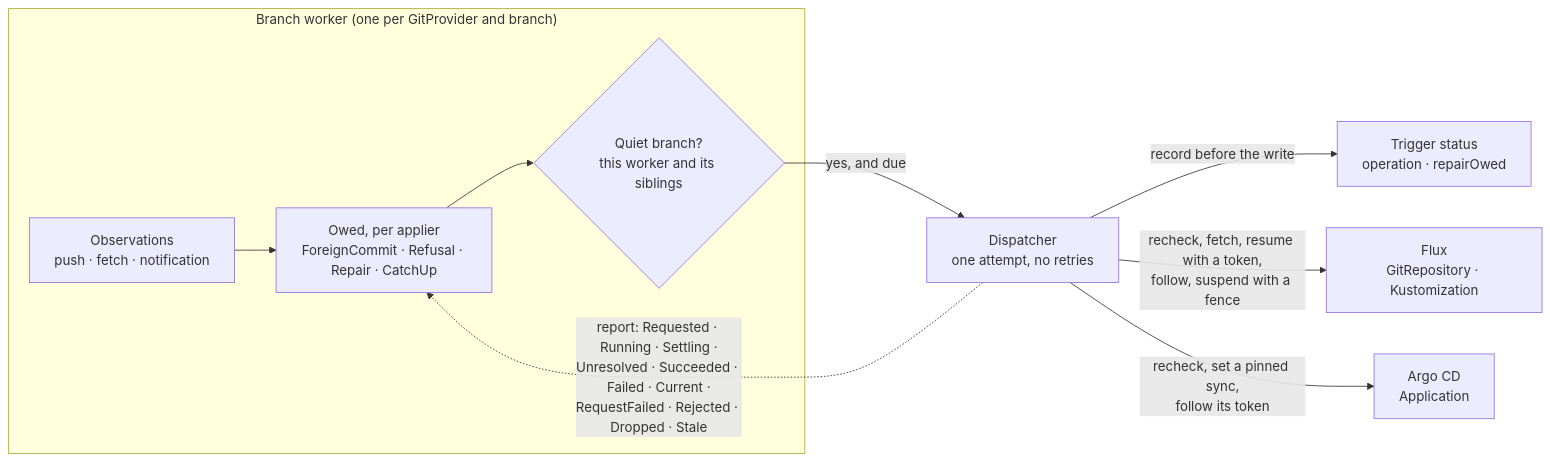
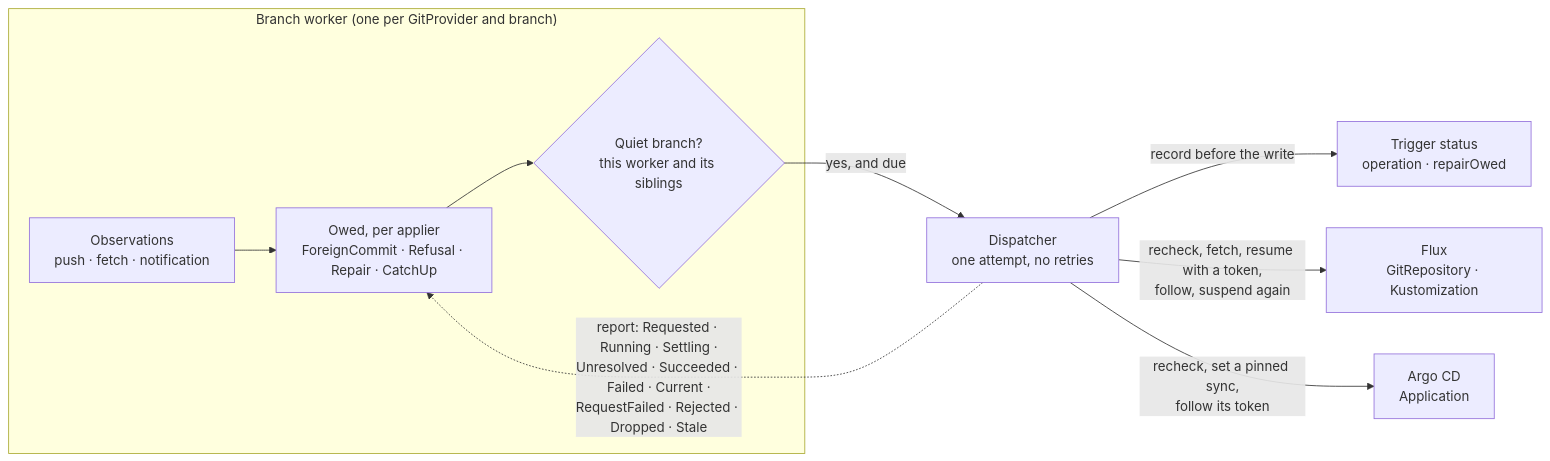
One commit to ConfigButler/gitops-reverser changed the diagram in docs/design/apply-trigger.md. Above: the diagram before and after it, drawn with Mermaid. The commit also changed other lines of this file and 25 other files, not shown here.

````diff
--- a/docs/design/apply-trigger.md
+++ b/docs/design/apply-trigger.md
@@ -117,19 +117,19 @@
 ```mermaid
 flowchart LR
     subgraph WORKER["Branch worker (one per GitProvider and branch)"]
         OBS["Observations<br/>push · fetch · notification"]
         OWE["Owed, per applier<br/>ForeignCommit · Refusal · Repair · CatchUp"]
         QUIET{"Quiet branch?<br/>this worker and its siblings"}
     end
     EXEC["Dispatcher<br/>one attempt, no retries"]
     TRIG["Trigger status<br/>operation · repairOwed"]
     FLUX["Flux<br/>GitRepository · Kustomization"]
     ARGO["Argo CD<br/>Application"]
 
     OBS --> OWE --> QUIET
     QUIET -- "yes, and due" --> EXEC
     EXEC -- "record before the write" --> TRIG
-    EXEC -- "recheck, fetch, resume with a token,<br/>follow, suspend with a fence" --> FLUX
+    EXEC -- "recheck, fetch, resume with a token,<br/>follow, suspend again" --> FLUX
     EXEC -- "recheck, set a pinned sync,<br/>follow its token" --> ARGO
     EXEC -. "report: Requested · Running · Settling ·<br/>Unresolved · Succeeded · Failed · Current ·<br/>RequestFailed · Rejected · Dropped · Stale" .-> OWE
 ```
````
